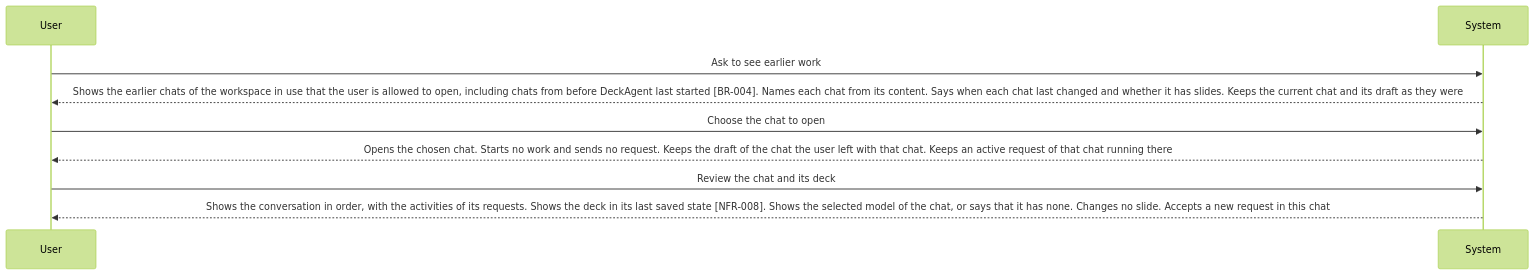
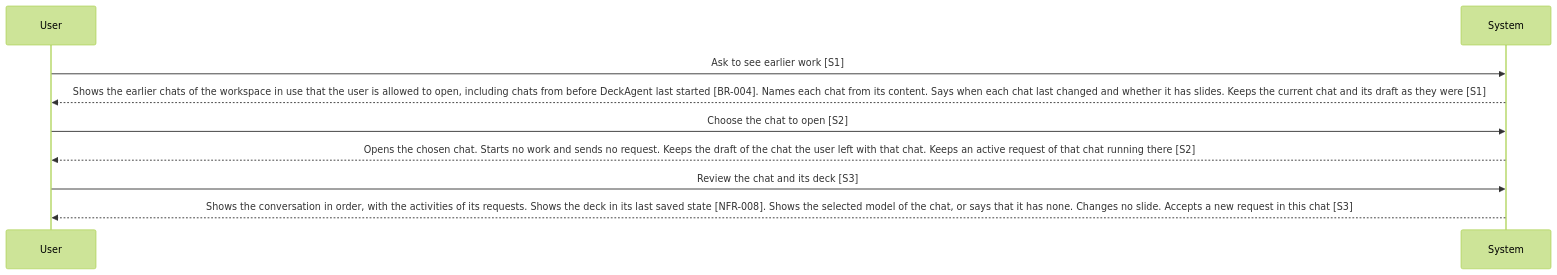
Before and after one commit to Luke23127006/DeckAgent: the diagram in dev/mvp/spec/02-use-cases/UC-006.md, drawn with Mermaid (forest theme). The commit also changed 14 other files, not shown here.

First line of the commit message:
docs(spec): tag use case diagram messages with their step ID

````diff
--- a/dev/mvp/spec/02-use-cases/UC-006.md
+++ b/dev/mvp/spec/02-use-cases/UC-006.md
@@ -15,11 +15,11 @@
 ```mermaid
 sequenceDiagram
   participant U as User
   participant S as System
-  U->>S: Ask to see earlier work
-  S-->>U: Shows the earlier chats of the workspace in use that the user is allowed to open, including chats from before DeckAgent last started [BR-004]. Names each chat from its content. Says when each chat last changed and whether it has slides. Keeps the current chat and its draft as they were
-  U->>S: Choose the chat to open
-  S-->>U: Opens the chosen chat. Starts no work and sends no request. Keeps the draft of the chat the user left with that chat. Keeps an active request of that chat running there
-  U->>S: Review the chat and its deck
-  S-->>U: Shows the conversation in order, with the activities of its requests. Shows the deck in its last saved state [NFR-008]. Shows the selected model of the chat, or says that it has none. Changes no slide. Accepts a new request in this chat
+  U->>S: Ask to see earlier work [S1]
+  S-->>U: Shows the earlier chats of the workspace in use that the user is allowed to open, including chats from before DeckAgent last started [BR-004]. Names each chat from its content. Says when each chat last changed and whether it has slides. Keeps the current chat and its draft as they were [S1]
+  U->>S: Choose the chat to open [S2]
+  S-->>U: Opens the chosen chat. Starts no work and sends no request. Keeps the draft of the chat the user left with that chat. Keeps an active request of that chat running there [S2]
+  U->>S: Review the chat and its deck [S3]
+  S-->>U: Shows the conversation in order, with the activities of its requests. Shows the deck in its last saved state [NFR-008]. Shows the selected model of the chat, or says that it has none. Changes no slide. Accepts a new request in this chat [S3]
 ```
````
